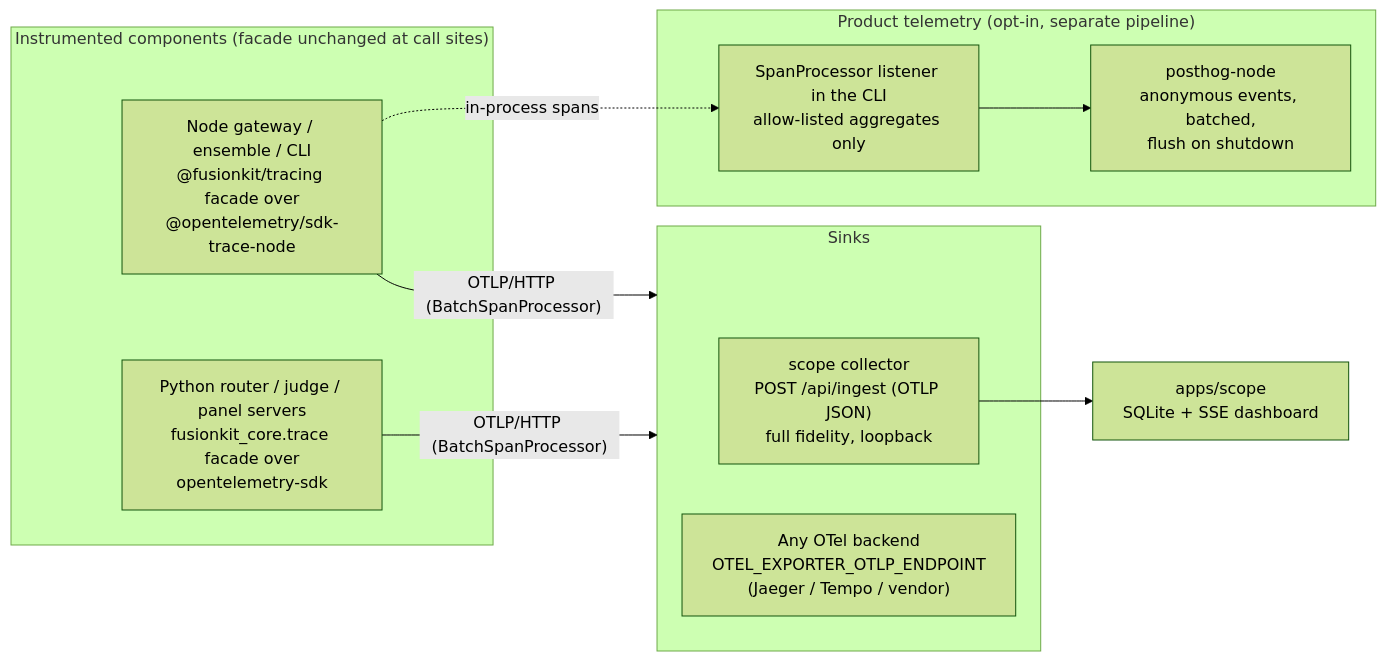
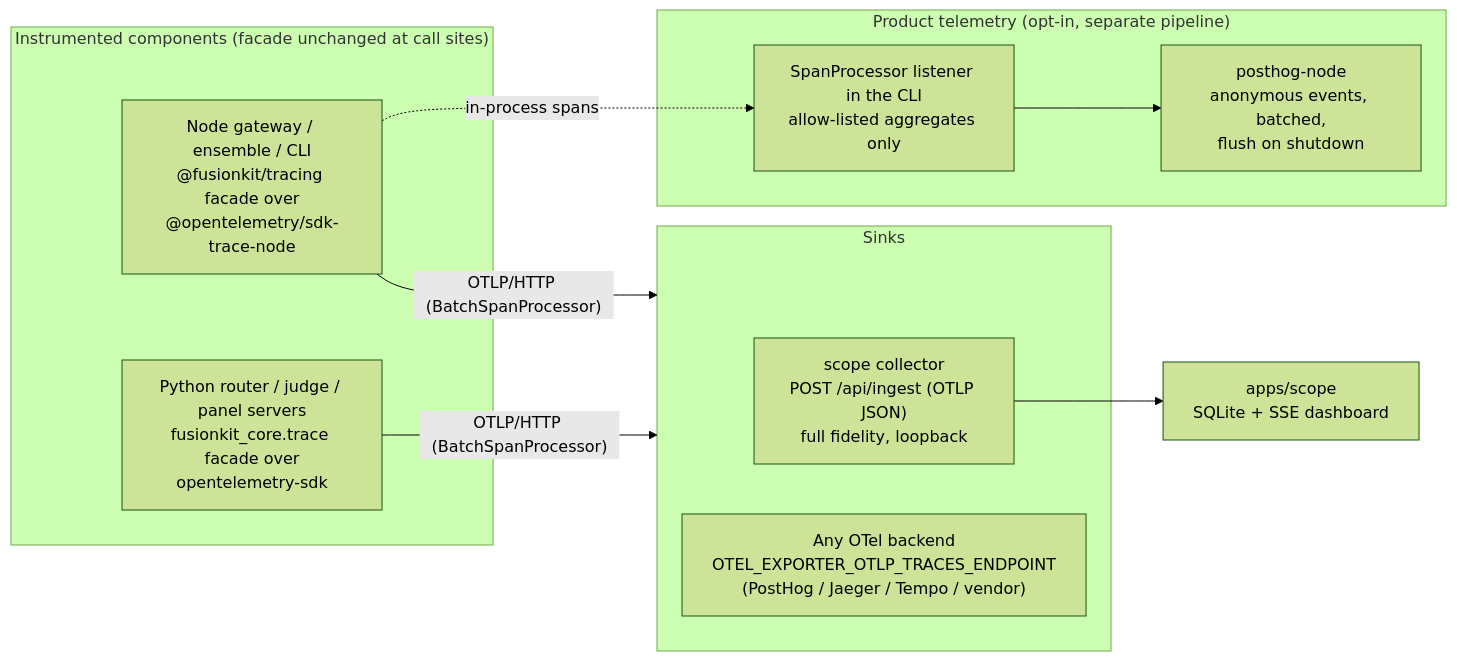
One commit to velum-labs/handoffkit changed the diagram in docs/planning/tracing-and-telemetry-plan.md. Above: the diagram before and after it, drawn with Mermaid (forest theme). The commit also changed other lines of this file, not shown here.

Commit message:
Add PostHog compatibility section: OTLP tracing endpoint, GenAI semconv attributes, LLM analytics

````diff
--- a/docs/planning/tracing-and-telemetry-plan.md
+++ b/docs/planning/tracing-and-telemetry-plan.md
@@ -73,25 +73,25 @@
 ```mermaid
 flowchart LR
   subgraph emitters["Instrumented components (facade unchanged at call sites)"]
     gw["Node gateway / ensemble / CLI<br/>@fusionkit/tracing facade over<br/>@opentelemetry/sdk-trace-node"]
     py["Python router / judge / panel servers<br/>fusionkit_core.trace facade over<br/>opentelemetry-sdk"]
   end
 
   gw -- "OTLP/HTTP (BatchSpanProcessor)" --> sinks
   py -- "OTLP/HTTP (BatchSpanProcessor)" --> sinks
 
   subgraph sinks["Sinks"]
     scopecol["scope collector<br/>POST /api/ingest (OTLP JSON)<br/>full fidelity, loopback"]
-    vendor["Any OTel backend<br/>OTEL_EXPORTER_OTLP_ENDPOINT<br/>(Jaeger / Tempo / vendor)"]
+    vendor["Any OTel backend<br/>OTEL_EXPORTER_OTLP_TRACES_ENDPOINT<br/>(PostHog / Jaeger / Tempo / vendor)"]
   end
 
   scopecol --> scope["apps/scope<br/>SQLite + SSE dashboard"]
 
   subgraph telemetry["Product telemetry (opt-in, separate pipeline)"]
     listener["SpanProcessor listener in the CLI<br/>allow-listed aggregates only"]
     ph["posthog-node<br/>anonymous events, batched,<br/>flush on shutdown"]
   end
 
   gw -. in-process spans .-> listener
   listener --> ph
 ```
````
